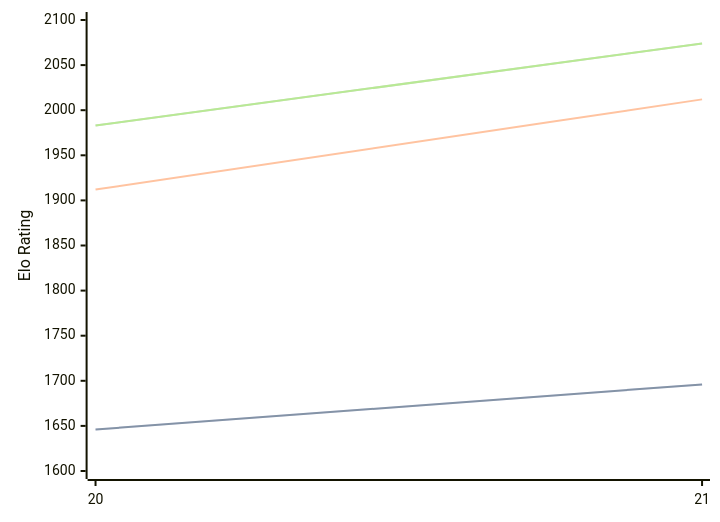
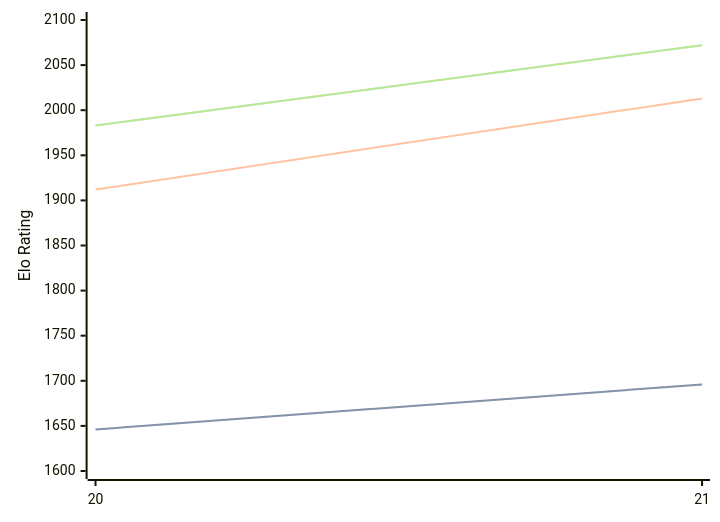
One commit to computer-chess-index/cci changed the diagram in engines/PurplePanda.md. Above: the diagram before and after it, drawn with Mermaid. The commit also changed other lines of this file, not shown here.

Commit message:
Update CCI Ratings (ELO VLTC) - 2026-09-13

````diff
--- a/engines/PurplePanda.md
+++ b/engines/PurplePanda.md
@@ -32,11 +32,11 @@
 ```mermaid
 %%{init: {"theme":"base","themeVariables":{"seriesColors:['#a3a3a3','#222221','#faa371']}}}%%
 xychart-beta
   x-axis ["20", "21"]
   y-axis "Elo Rating" 1600 --> 2100
   line "" [1646, 1696]
   line "STC (8.0+0.08s)" [1646, 1696]
-  line "LTC (60.0+0.60s)" [1912, 2012]
-  line "" [1983, 2074]
-  line "VLTC (2m24s+1.12s)" [1983, 2074]
+  line "LTC (60.0+0.60s)" [1912, 2013]
+  line "" [1983, 2072]
+  line "VLTC (2m24s+1.12s)" [1983, 2072]
 ```
````
